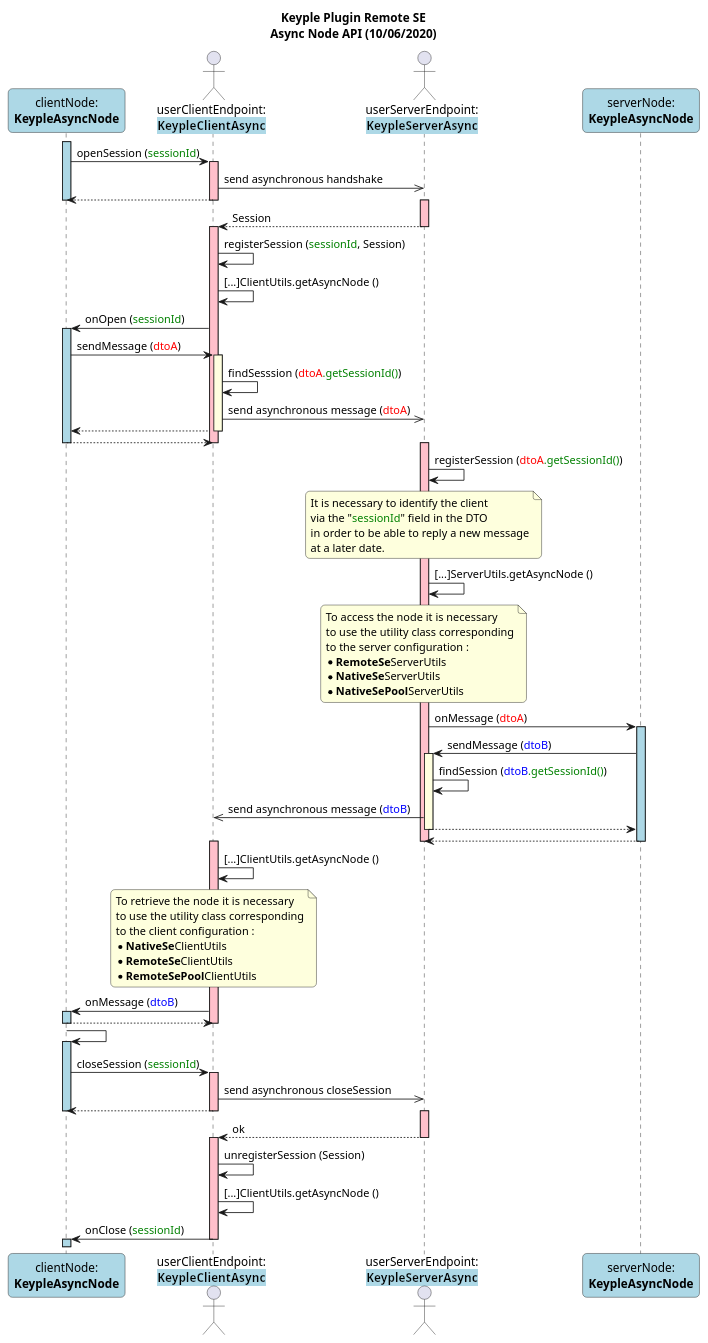
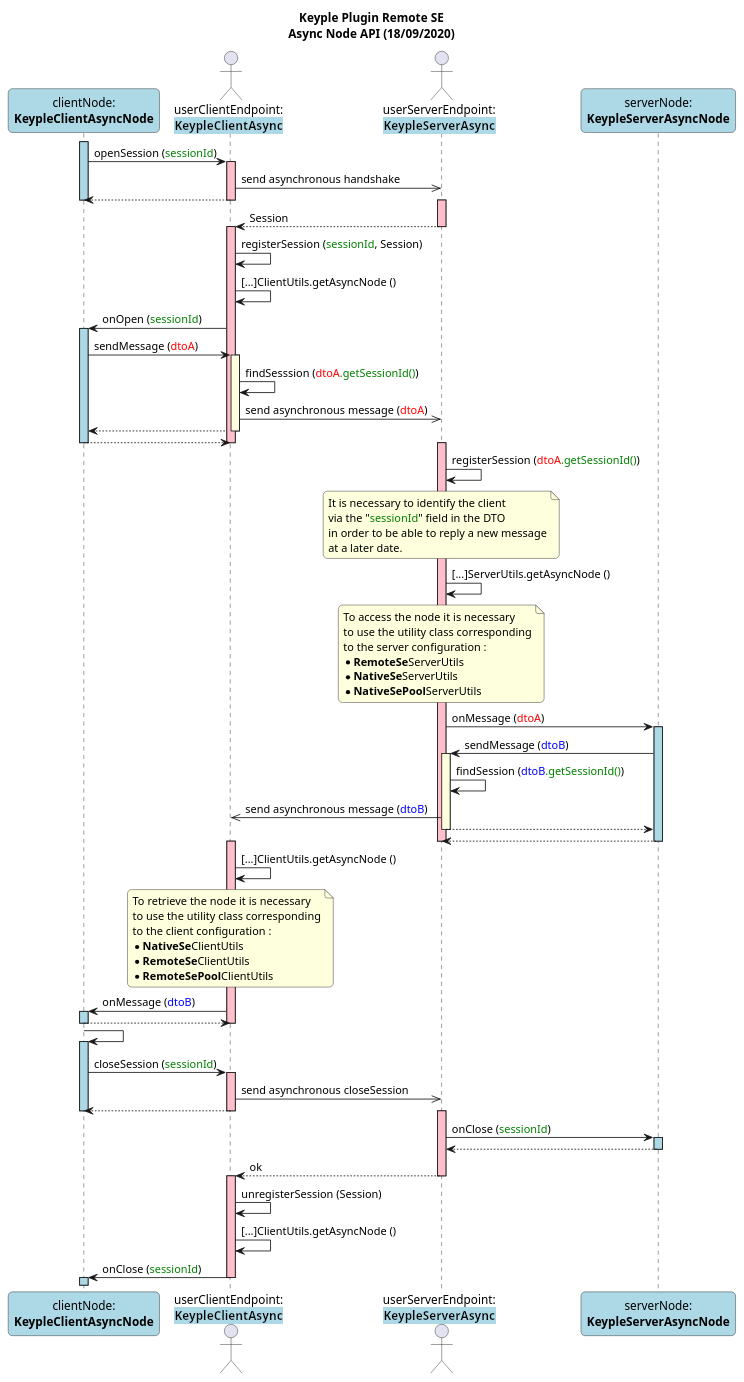
One commit to eclipse-keyple/keyple-java changed the diagram in docs/img/remote-se/sequence/RemoteSe_Sequence_AsyncNode_API.puml. Above: the diagram before and after it, drawn with PlantUML. The commit also changed 17 other files, not shown here.

```diff
--- a/docs/img/remote-se/sequence/RemoteSe_Sequence_AsyncNode_API.puml
+++ b/docs/img/remote-se/sequence/RemoteSe_Sequence_AsyncNode_API.puml
@@ -1,105 +1,108 @@
 @startuml
 
 title
     Keyple Plugin Remote SE
-    Async Node API (10/06/2020)
+    Async Node API (18/09/2020)
 end title
 
 ' == THEME ==
 
 skinparam Shadowing false
 skinparam RoundCorner 10
 
 ' == CONTENT ==
 
-participant "clientNode:\n**KeypleAsyncNode**" as clientNode #LightBlue
+participant "clientNode:\n**KeypleClientAsyncNode**" as clientNode #LightBlue
 actor "userClientEndpoint:\n**<back:LightBlue>KeypleClientAsync**" as userClientEndpoint
 
 actor "userServerEndpoint:\n**<back:LightBlue>KeypleServerAsync**" as userServerEndpoint
-participant "serverNode:\n**KeypleAsyncNode**" as serverNode #LightBlue
+participant "serverNode:\n**KeypleServerAsyncNode**" as serverNode #LightBlue
 
 activate clientNode #LightBlue
 clientNode -> userClientEndpoint : openSession (<color:green>sessionId</color>)
 activate userClientEndpoint #Pink
 userClientEndpoint ->> userServerEndpoint : send asynchronous handshake
 return
 deactivate clientNode
 
 activate userServerEndpoint #Pink
 userServerEndpoint --> userClientEndpoint : Session
 deactivate userServerEndpoint
 activate userClientEndpoint #Pink
 userClientEndpoint -> userClientEndpoint : registerSession (<color:green>sessionId</color>, Session)
 userClientEndpoint -> userClientEndpoint : [...]ClientUtils.getAsyncNode ()
 userClientEndpoint -> clientNode : onOpen (<color:green>sessionId</color>)
 activate clientNode #LightBlue
 clientNode -> userClientEndpoint : sendMessage (<color:red>dtoA</color>)
 activate userClientEndpoint #LightYellow
 userClientEndpoint -> userClientEndpoint : findSesssion (<color:red>dtoA</color><color:green>.getSessionId()</color>)
 userClientEndpoint ->> userServerEndpoint : send asynchronous message (<color:red>dtoA</color>)
 return
 return
 deactivate userClientEndpoint
 
 activate userServerEndpoint #Pink
 userServerEndpoint -> userServerEndpoint : registerSession (<color:red>dtoA</color><color:green>.getSessionId()</color>)
 note over userServerEndpoint
     It is necessary to identify the client
     via the "<color:green>sessionId</color>" field in the DTO
     in order to be able to reply a new message
     at a later date.
 end note
 userServerEndpoint -> userServerEndpoint : [...]ServerUtils.getAsyncNode ()
 note over userServerEndpoint
     To access the node it is necessary
     to use the utility class corresponding
     to the server configuration :
     * **RemoteSe**ServerUtils
     * **NativeSe**ServerUtils
     * **NativeSePool**ServerUtils
 end note
 userServerEndpoint -> serverNode : onMessage (<color:red>dtoA</color>)
 activate serverNode #LightBlue
 serverNode -> userServerEndpoint : sendMessage (<color:blue>dtoB</color>)
 activate userServerEndpoint #LightYellow
 userServerEndpoint -> userServerEndpoint : findSession (<color:blue>dtoB</color><color:green>.getSessionId()</color>)
 userServerEndpoint ->> userClientEndpoint : send asynchronous message (<color:blue>dtoB</color>)
 return
 return
 deactivate userServerEndpoint
 
 activate userClientEndpoint #Pink
 userClientEndpoint -> userClientEndpoint : [...]ClientUtils.getAsyncNode ()
 note over userClientEndpoint
     To retrieve the node it is necessary
     to use the utility class corresponding
     to the client configuration :
     * **NativeSe**ClientUtils
     * **RemoteSe**ClientUtils
     * **RemoteSePool**ClientUtils
 end note
 userClientEndpoint -> clientNode : onMessage (<color:blue>dtoB</color>)
 activate clientNode #LightBlue
 return
 deactivate userClientEndpoint
 
 clientNode -> clientNode
 activate clientNode #LightBlue
 
 clientNode -> userClientEndpoint : closeSession (<color:green>sessionId</color>)
 activate userClientEndpoint #Pink
 userClientEndpoint ->> userServerEndpoint : send asynchronous closeSession
 return
 deactivate clientNode
 
 activate userServerEndpoint #Pink
+userServerEndpoint -> serverNode : onClose (<color:green>sessionId</color>)
+activate serverNode #LightBlue
+return
 userServerEndpoint --> userClientEndpoint : ok
 deactivate userServerEndpoint
 activate userClientEndpoint #Pink
 userClientEndpoint -> userClientEndpoint : unregisterSession (Session)
 userClientEndpoint -> userClientEndpoint : [...]ClientUtils.getAsyncNode ()
 userClientEndpoint -> clientNode : onClose (<color:green>sessionId</color>)
 deactivate userClientEndpoint
 activate clientNode #LightBlue
 
 @enduml
```
